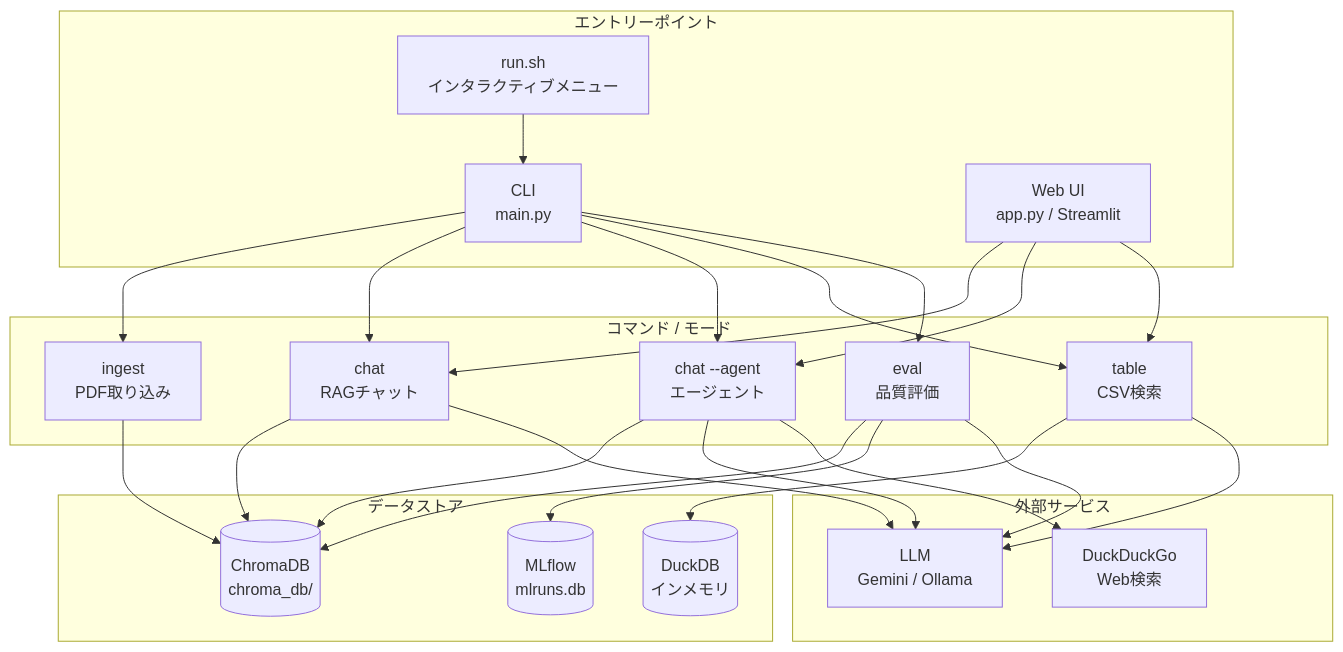
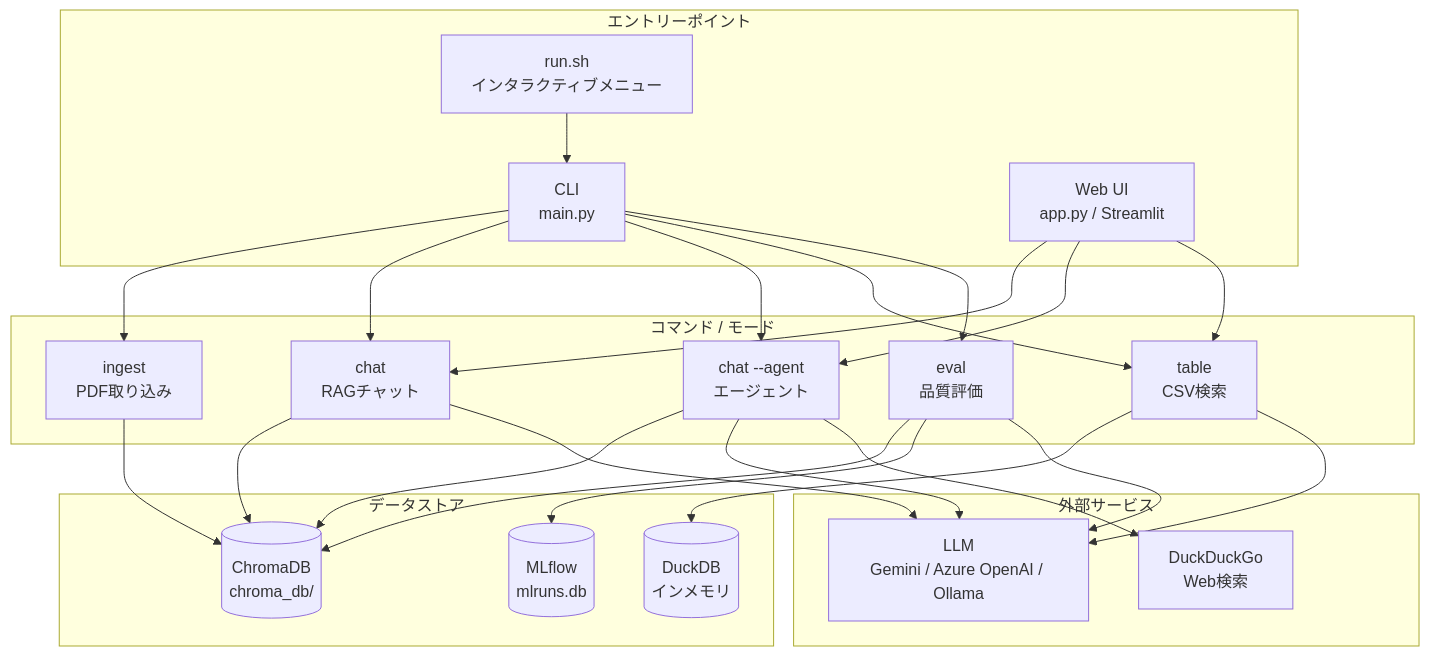
One commit to ryokn/study_rag changed the first of 6 diagrams in docs/flow.md. Above: the diagram before and after it, drawn with Mermaid. The commit also changed other lines of this file and 2 other files, not shown here.

Commit message:
docs: Azure OpenAI対応・DuckDB追加を反映してドキュメントを更新
- README.md: Azure OpenAI セットアップ手順・パラメータ表・ディレクトリ構成・実装フェーズを更新
- docs/SPEC.md: フェーズ9（Azure OpenAI対応）を追記、技術スタック・パラメータ表を更新
- docs/flow.md: Embeddingノードをプロバイダー非依存の表記に修正、外部サービスにAzure OpenAIを追加

````diff
--- a/docs/flow.md
+++ b/docs/flow.md
@@ -5,50 +5,50 @@
 ```mermaid
 graph TB
     subgraph Entry["エントリーポイント"]
         CLI["CLI<br/>main.py"]
         WEB["Web UI<br/>app.py / Streamlit"]
         RUNSH["run.sh<br/>インタラクティブメニュー"]
     end
 
     subgraph Commands["コマンド / モード"]
         INGEST["ingest<br/>PDF取り込み"]
         CHAT["chat<br/>RAGチャット"]
         AGENT["chat --agent<br/>エージェント"]
         TABLE["table<br/>CSV検索"]
         EVAL["eval<br/>品質評価"]
     end
 
     subgraph Stores["データストア"]
         CHROMA[("ChromaDB<br/>chroma_db/")]
         DUCKDB[("DuckDB<br/>インメモリ")]
         MLFLOW[("MLflow<br/>mlruns.db")]
     end
 
     subgraph External["外部サービス"]
-        LLM["LLM<br/>Gemini / Ollama"]
+        LLM["LLM<br/>Gemini / Azure OpenAI / Ollama"]
         DDG["DuckDuckGo<br/>Web検索"]
     end
 
     RUNSH --> CLI
     CLI --> INGEST
     CLI --> CHAT
     CLI --> AGENT
     CLI --> TABLE
     CLI --> EVAL
     WEB --> CHAT
     WEB --> AGENT
     WEB --> TABLE
 
     INGEST --> CHROMA
     CHAT --> CHROMA
     AGENT --> CHROMA
     TABLE --> DUCKDB
     EVAL --> CHROMA
     EVAL --> MLFLOW
 
     CHAT --> LLM
     AGENT --> LLM
     AGENT --> DDG
     TABLE --> LLM
     EVAL --> LLM
 ```
````
